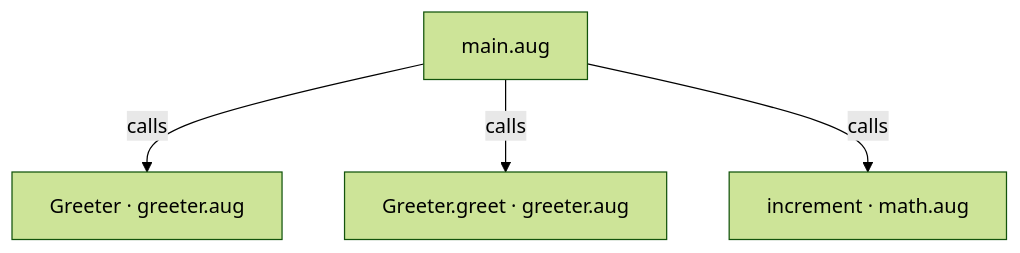
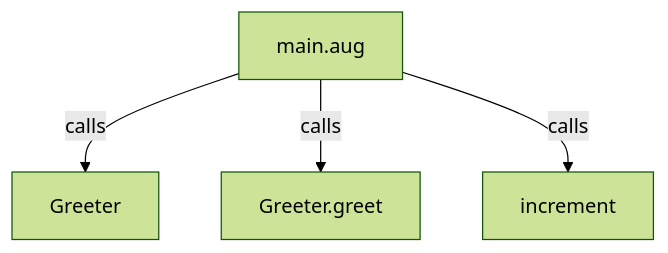
Before and after one commit to GreenPandaStudios/augscript: the second of 3 diagrams in docs/examples/new-syntax/main-diagrams.md, drawn with Mermaid (forest theme). The commit also changed other lines of this file and 524 other files, not shown here.

Commit message:
Explain checked data flow at folder and service levels

````diff
--- a/docs/examples/new-syntax/main-diagrams.md
+++ b/docs/examples/new-syntax/main-diagrams.md
@@ -30,10 +30,10 @@
 ```mermaid
 flowchart TD
-    n0["Greeter · greeter.aug"]
-    n1["Greeter.greet · greeter.aug"]
-    n2["increment · math.aug"]
+    n0["Greeter"]
+    n1["Greeter.greet"]
+    n2["increment"]
     n3["main.aug"]
     n3 -->|"calls"| n0
     n3 -->|"calls"| n1
     n3 -->|"calls"| n2
 ```
````
